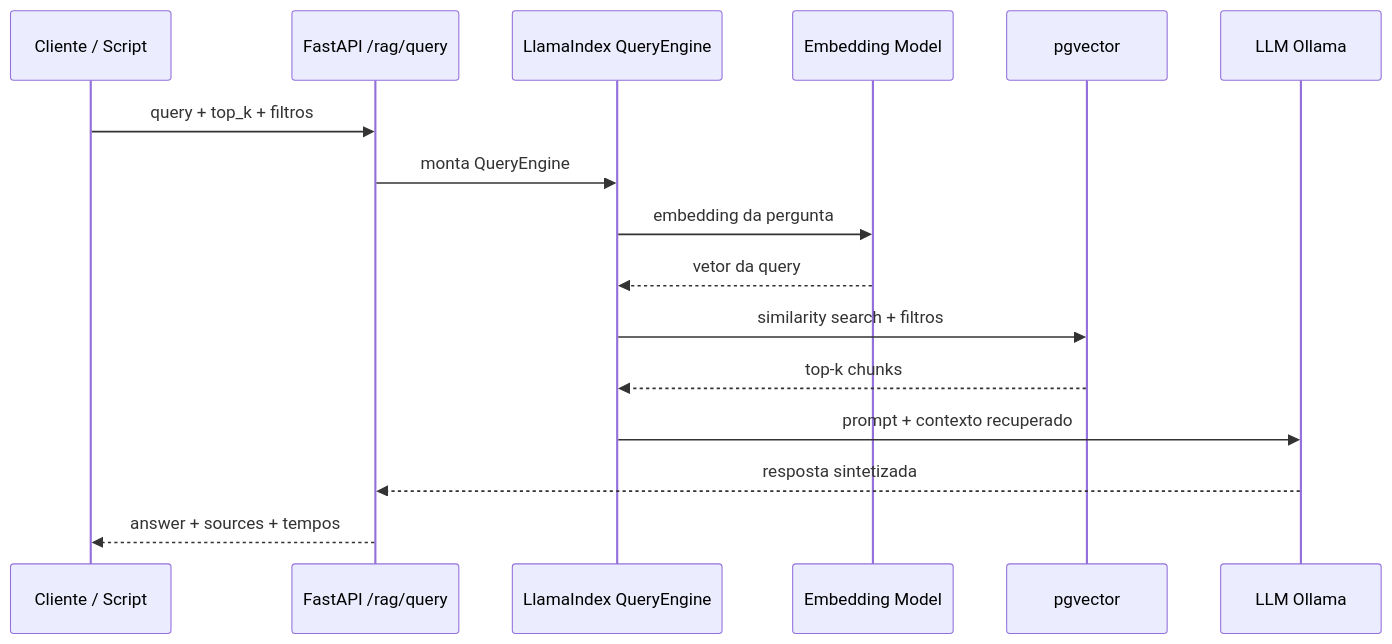
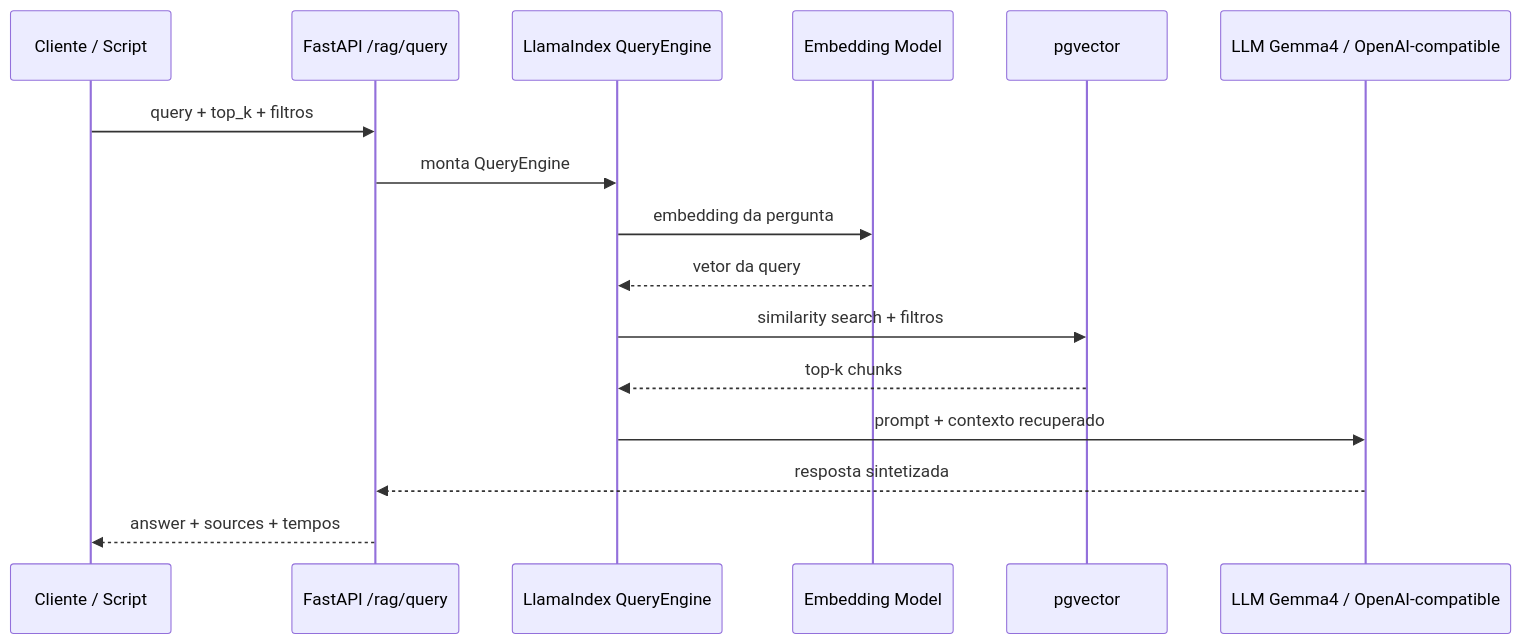
The fifth of 8 diagrams in docs/presentation-delivery-checklist.md (pedroandrade03/rag-intelligence), drawn with Mermaid before and after one commit. The commit also changed other lines of this file and 5 other files, not shown here.

````diff
--- a/docs/presentation-delivery-checklist.md
+++ b/docs/presentation-delivery-checklist.md
@@ -240,19 +241,19 @@
 ```mermaid
 sequenceDiagram
     participant Client as Cliente / Script
     participant API as FastAPI /rag/query
     participant Llama as LlamaIndex QueryEngine
     participant Emb as Embedding Model
     participant Vec as pgvector
-    participant LLM as LLM Ollama
+    participant LLM as LLM Gemma4 / OpenAI-compatible
 
     Client->>API: query + top_k + filtros
     API->>Llama: monta QueryEngine
     Llama->>Emb: embedding da pergunta
     Emb-->>Llama: vetor da query
     Llama->>Vec: similarity search + filtros
     Vec-->>Llama: top-k chunks
     Llama->>LLM: prompt + contexto recuperado
     LLM-->>API: resposta sintetizada
     API-->>Client: answer + sources + tempos
 ```
````
